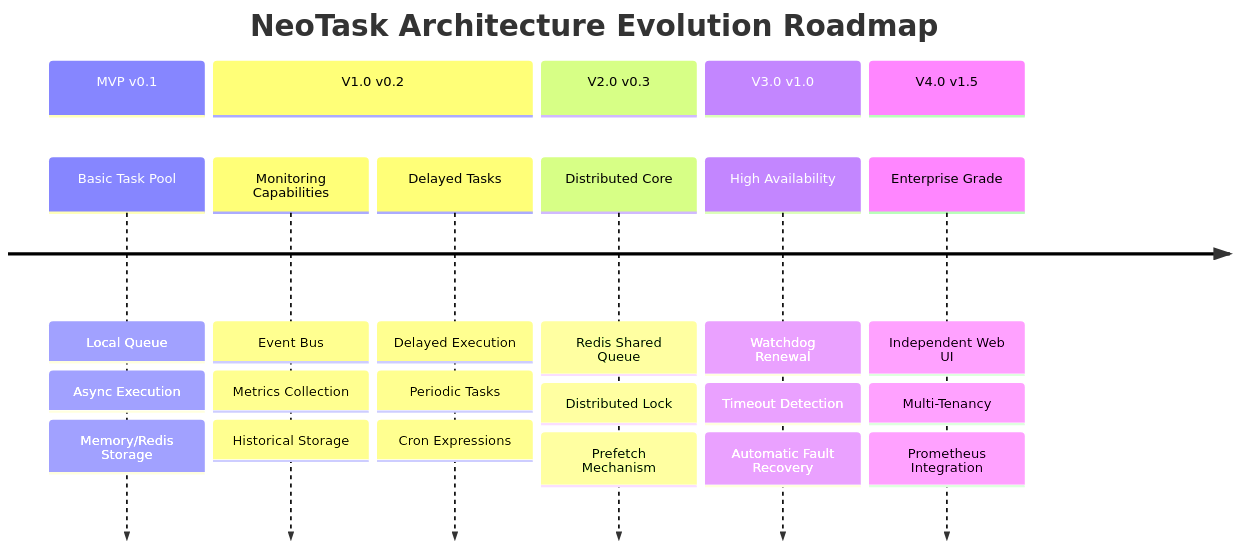
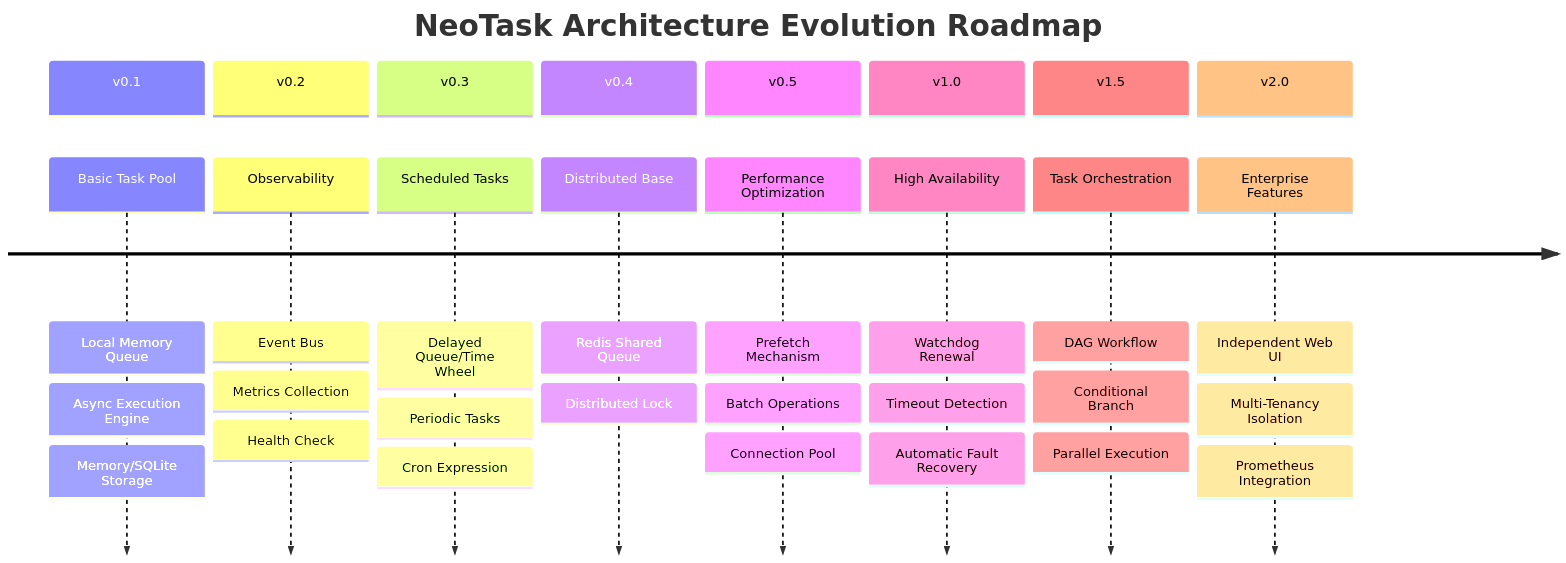
The second of 2 diagrams in docs/README-en.md (neopen/neotask), drawn with Mermaid before and after one commit. The commit also changed other lines of this file and 1 other file, not shown here.

Commit message:
文档优化

````diff
--- a/docs/README-en.md
+++ b/docs/README-en.md
@@ -93,32 +95,43 @@
 ```mermaid
 timeline
     title NeoTask Architecture Evolution Roadmap
     
-    section MVP v0.1
-        Basic Task Pool : Local Queue
-                   : Async Execution
-                   : Memory/Redis Storage
-                   
-    section V1.0 v0.2
-        Monitoring Capabilities : Event Bus
-                 : Metrics Collection
-                 : Historical Storage
-        Delayed Tasks : Delayed Execution
-                 : Periodic Tasks
-                 : Cron Expressions
-                 
-    section V2.0 v0.3
-        Distributed Core : Redis Shared Queue
-                   : Distributed Lock
-                   : Prefetch Mechanism
-                   
-    section V3.0 v1.0
+    section v0.1
+        Basic Task Pool : Local Memory Queue
+                        : Async Execution Engine
+                        : Memory/SQLite Storage
+                        
+    section v0.2
+        Observability : Event Bus
+                      : Metrics Collection
+                      : Health Check
+                      
+    section v0.3
+        Scheduled Tasks : Delayed Queue/Time Wheel
+                        : Periodic Tasks
+                        : Cron Expression
+                        
+    section v0.4
+        Distributed Base : Redis Shared Queue
+                         : Distributed Lock
+                         
+    section v0.5
+        Performance Optimization : Prefetch Mechanism
+                                : Batch Operations
+                                : Connection Pool
+
+    section v1.0
         High Availability : Watchdog Renewal
-                   : Timeout Detection
-                   : Automatic Fault Recovery
+                          : Timeout Detection
+                          : Automatic Fault Recovery
 
-    section V4.0 v1.5
-        Enterprise Grade : Independent Web UI
-               : Multi-Tenancy
-               : Prometheus Integration
+    section v1.5
+        Task Orchestration : DAG Workflow
+                           : Conditional Branch
+                           : Parallel Execution
+
+    section v2.0
+        Enterprise Features : Independent Web UI
+                            : Multi-Tenancy Isolation
+                            : Prometheus Integration
 ```
````
